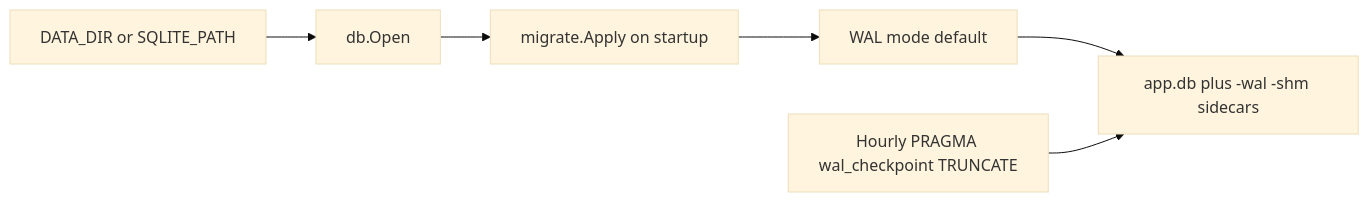
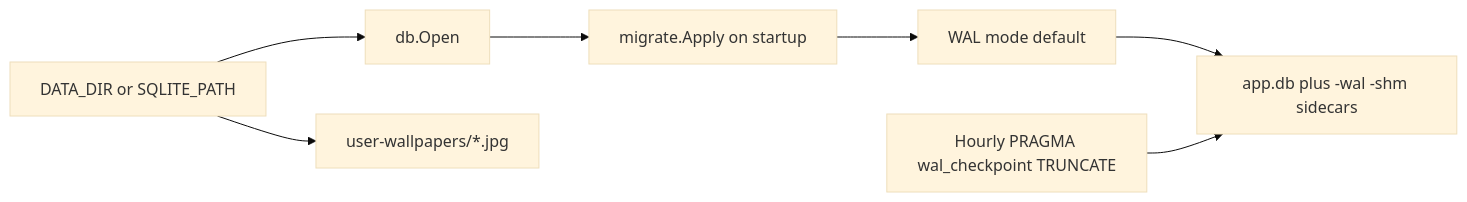
One commit to markrai/scrumboy changed the second of 3 diagrams in docs/diagrams/scrumboy_deployment_ops.md. Above: the diagram before and after it, drawn with Mermaid (base theme). The commit also changed other lines of this file and 18 other files, not shown here.

````diff
--- a/docs/diagrams/scrumboy_deployment_ops.md
+++ b/docs/diagrams/scrumboy_deployment_ops.md
@@ -31,12 +33,14 @@
 ```mermaid
 flowchart LR
   Env[DATA_DIR or SQLITE_PATH]
   Open[db.Open]
   Mig[migrate.Apply on startup]
   WAL[WAL mode default]
   Files["app.db plus -wal -shm sidecars"]
+  Uploads["user-wallpapers/*.jpg"]
   Hourly[Hourly PRAGMA wal_checkpoint TRUNCATE]
 
   Env --> Open --> Mig --> WAL --> Files
+  Env --> Uploads
   Hourly --> Files
 ```
````
